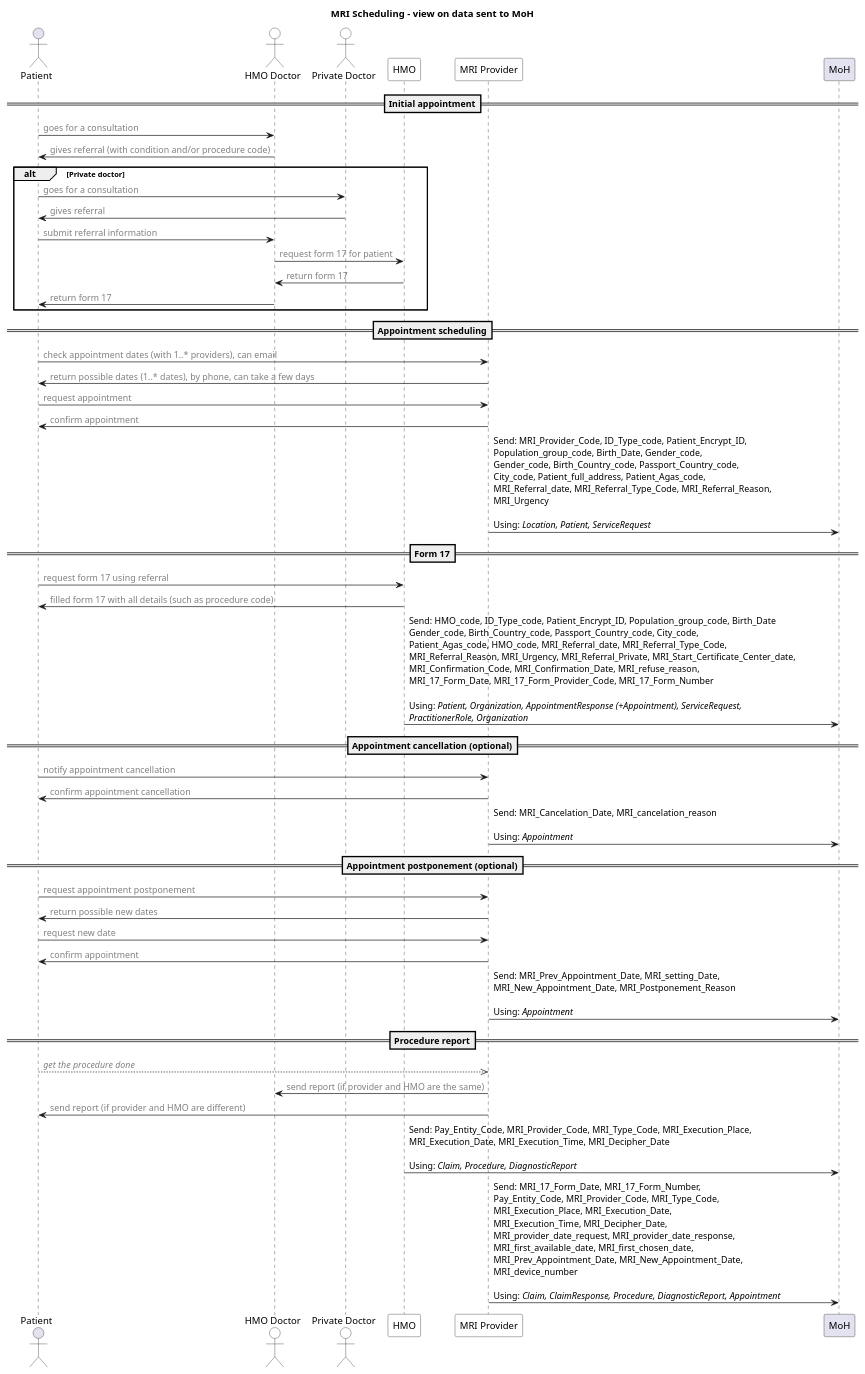
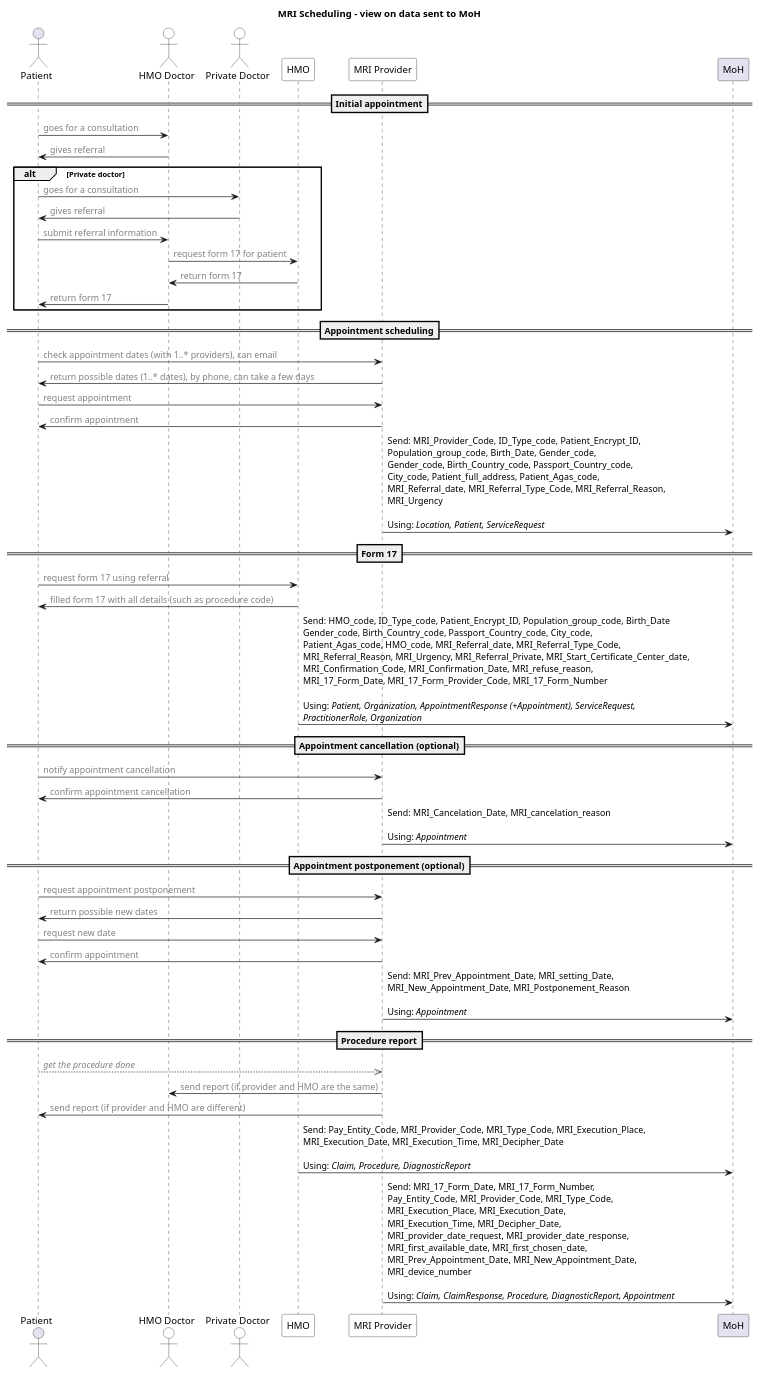
The diagram in input/images-source/workflow-with-moh.plantuml (vadi2/MRI-Scheduling), drawn with PlantUML before and after one commit.

Commit message:
Shorten diagram width

```diff
--- a/input/images-source/workflow-with-moh.plantuml
+++ b/input/images-source/workflow-with-moh.plantuml
@@ -1,65 +1,65 @@
 @startuml
 'editable with https://planttext.com
 'see documentation at https://plantuml.com/sequence-diagram
 
 title "MRI Scheduling - view on data sent to MoH"
 
 actor Patient
 actor "HMO Doctor" #white
 actor "Private Doctor" #white
 participant HMO #white 
 participant "MRI Provider" #white
 participant MoH
 
 == Initial appointment==
 Patient -> "HMO Doctor": <color #grey>goes for a consultation
-"HMO Doctor" -> Patient: <color #grey>gives referral (with condition and/or procedure code)
+"HMO Doctor" -> Patient: <color #grey>gives referral
 
 alt Private doctor 
     Patient -> "Private Doctor": <color #grey>goes for a consultation
     "Private Doctor" -> Patient: <color #grey>gives referral
 
     Patient -> "HMO Doctor": <color #grey>submit referral information
     "HMO Doctor" -> HMO: <color #grey>request form 17 for patient
     HMO -> "HMO Doctor": <color #grey>return form 17
     "HMO Doctor" -> Patient: <color #grey>return form 17
 end
 
 == Appointment scheduling==
 Patient -> "MRI Provider": <color #grey>check appointment dates (with 1..* providers), can email
 "MRI Provider" -> Patient: <color #grey>return possible dates (1..* dates), by phone, can take a few days
 Patient -> "MRI Provider": <color #grey>request appointment
 "MRI Provider" -> Patient: <color #grey>confirm appointment
 
 "MRI Provider" -> MoH: Send: MRI_Provider_Code, ID_Type_code, Patient_Encrypt_ID, \nPopulation_group_code, Birth_Date, Gender_code, \nGender_code, Birth_Country_code, Passport_Country_code, \nCity_code, Patient_full_address, Patient_Agas_code, \nMRI_Referral_date, MRI_Referral_Type_Code, MRI_Referral_Reason, \nMRI_Urgency\n\nUsing: //Location, Patient, ServiceRequest//
 
 == Form 17==
 Patient -> HMO: <color #grey>request form 17 using referral
 HMO -> Patient: <color #grey>filled form 17 with all details (such as procedure code)
 
 HMO -> MoH: Send: HMO_code, ID_Type_code, Patient_Encrypt_ID, Population_group_code, Birth_Date \nGender_code, Birth_Country_code, Passport_Country_code, City_code, \nPatient_Agas_code, HMO_code, MRI_Referral_date, MRI_Referral_Type_Code, \nMRI_Referral_Reason, MRI_Urgency, MRI_Referral_Private, MRI_Start_Certificate_Center_date,  \nMRI_Confirmation_Code, MRI_Confirmation_Date, MRI_refuse_reason, \nMRI_17_Form_Date, MRI_17_Form_Provider_Code, MRI_17_Form_Number \n\nUsing: //Patient, Organization, AppointmentResponse (+Appointment), ServiceRequest,//\n//PractitionerRole, Organization //
 
 == Appointment cancellation (optional)==
 Patient -> "MRI Provider": <color #grey>notify appointment cancellation
 "MRI Provider" -> Patient: <color #grey>confirm appointment cancellation
 
 "MRI Provider" -> MoH: Send: MRI_Cancelation_Date, MRI_cancelation_reason \n\nUsing: //Appointment//
 
 == Appointment postponement (optional)==
 Patient -> "MRI Provider": <color #grey>request appointment postponement
 "MRI Provider" -> Patient: <color #grey>return possible new dates
 Patient -> "MRI Provider": <color #grey>request new date
 "MRI Provider" -> Patient: <color #grey>confirm appointment
 
 "MRI Provider" -> MoH: Send: MRI_Prev_Appointment_Date, MRI_setting_Date, \nMRI_New_Appointment_Date, MRI_Postponement_Reason \n\nUsing: //Appointment//
 
 == Procedure report==
 Patient -->> "MRI Provider": <color #grey>//get the procedure done//
 "MRI Provider" -> "HMO Doctor": <color #grey>send report (if provider and HMO are the same)
 "MRI Provider" -> Patient: <color #grey>send report (if provider and HMO are different)
 
 HMO -> MoH: Send: Pay_Entity_Code, MRI_Provider_Code, MRI_Type_Code, MRI_Execution_Place, \nMRI_Execution_Date, MRI_Execution_Time, MRI_Decipher_Date \n\nUsing: //Claim, Procedure, DiagnosticReport//
 
 "MRI Provider" -> MoH: Send: MRI_17_Form_Date, MRI_17_Form_Number, \nPay_Entity_Code, MRI_Provider_Code, MRI_Type_Code, \nMRI_Execution_Place, MRI_Execution_Date, \nMRI_Execution_Time, MRI_Decipher_Date, \nMRI_provider_date_request, MRI_provider_date_response, \nMRI_first_available_date, MRI_first_chosen_date, \nMRI_Prev_Appointment_Date, MRI_New_Appointment_Date, \nMRI_device_number  \n\nUsing: //Claim, ClaimResponse, Procedure, DiagnosticReport, Appointment//
 
 @enduml
```
